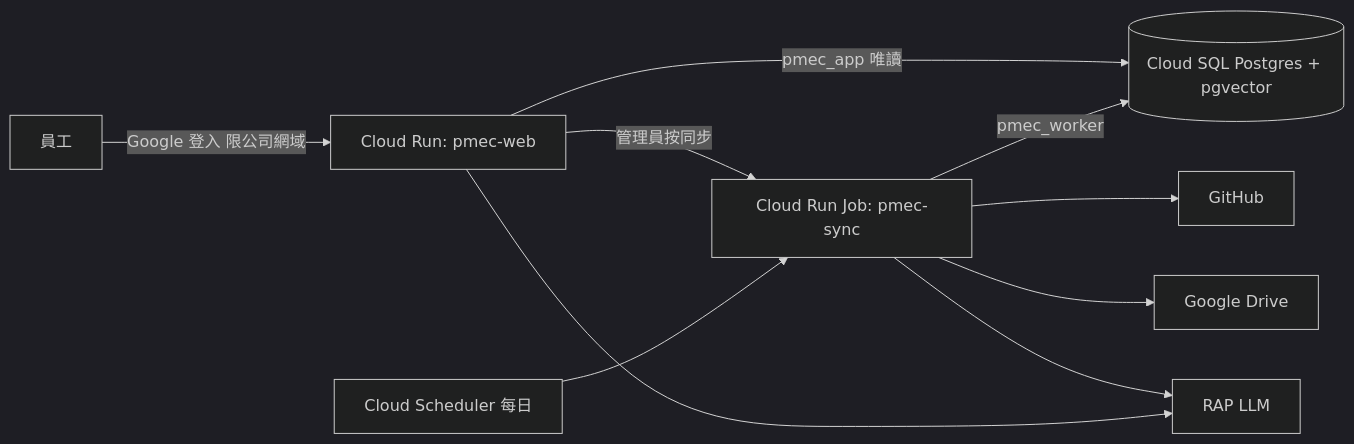
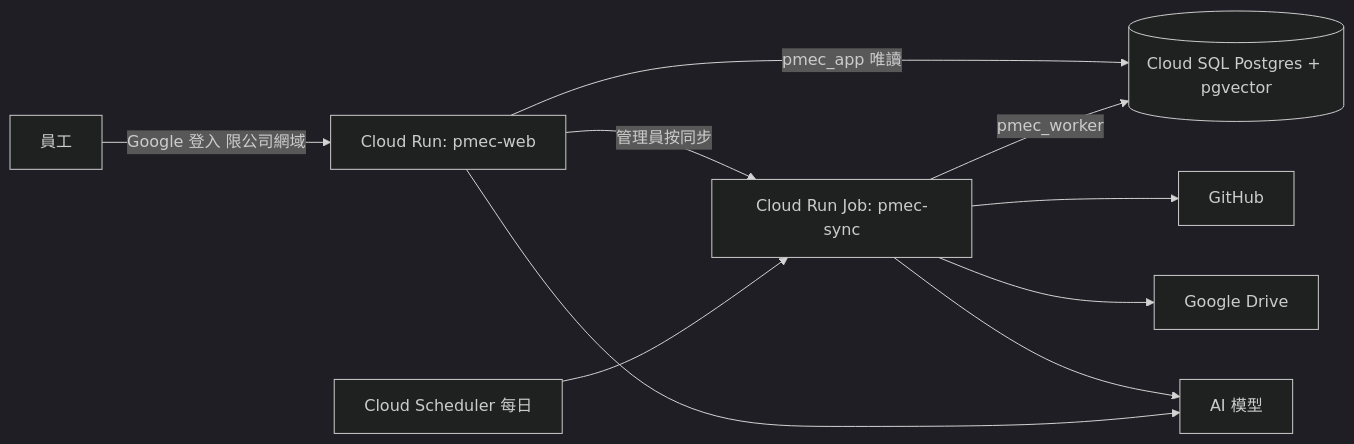
Before and after one commit to OogaryoO/PMEC_tool: the first of 2 diagrams in README.md, drawn with Mermaid (dark theme). The commit also changed other lines of this file and 7 other files, not shown here.

First line of the commit message:
G6: Microsoft 365 connector (Microsoft Graph, folder scope, paging, permissions); docs for G1-G7

````diff
--- a/README.md
+++ b/README.md
@@ -42,10 +60,10 @@
 ```mermaid
 flowchart LR
     U[員工] -->|Google 登入 限公司網域| WEB[Cloud Run: pmec-web]
     WEB -->|pmec_app 唯讀| DB[(Cloud SQL Postgres + pgvector)]
     WEB -->|管理員按同步| JOB[Cloud Run Job: pmec-sync]
     SCH[Cloud Scheduler 每日] --> JOB
     JOB -->|pmec_worker| DB
-    JOB --> GH[GitHub] & GD[Google Drive] & RAP[RAP LLM]
-    WEB --> RAP
+    JOB --> GH[GitHub] & GD[Google Drive] & LLM[AI 模型]
+    WEB --> LLM
 ```
````
